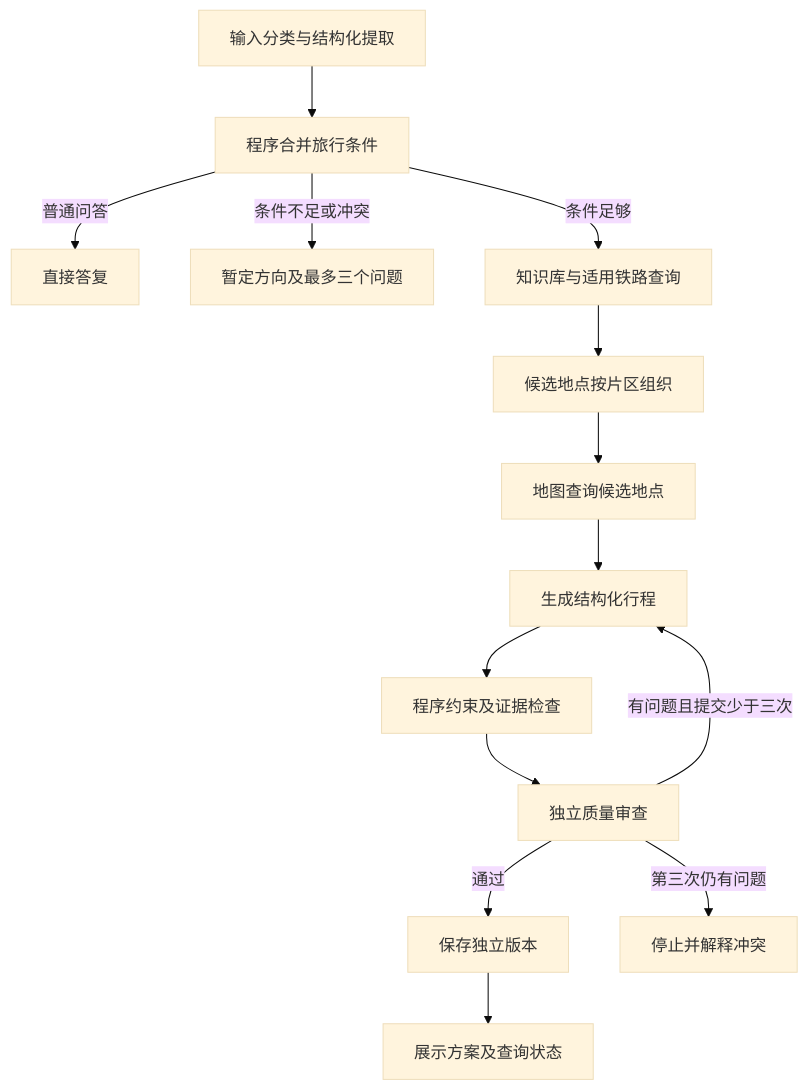
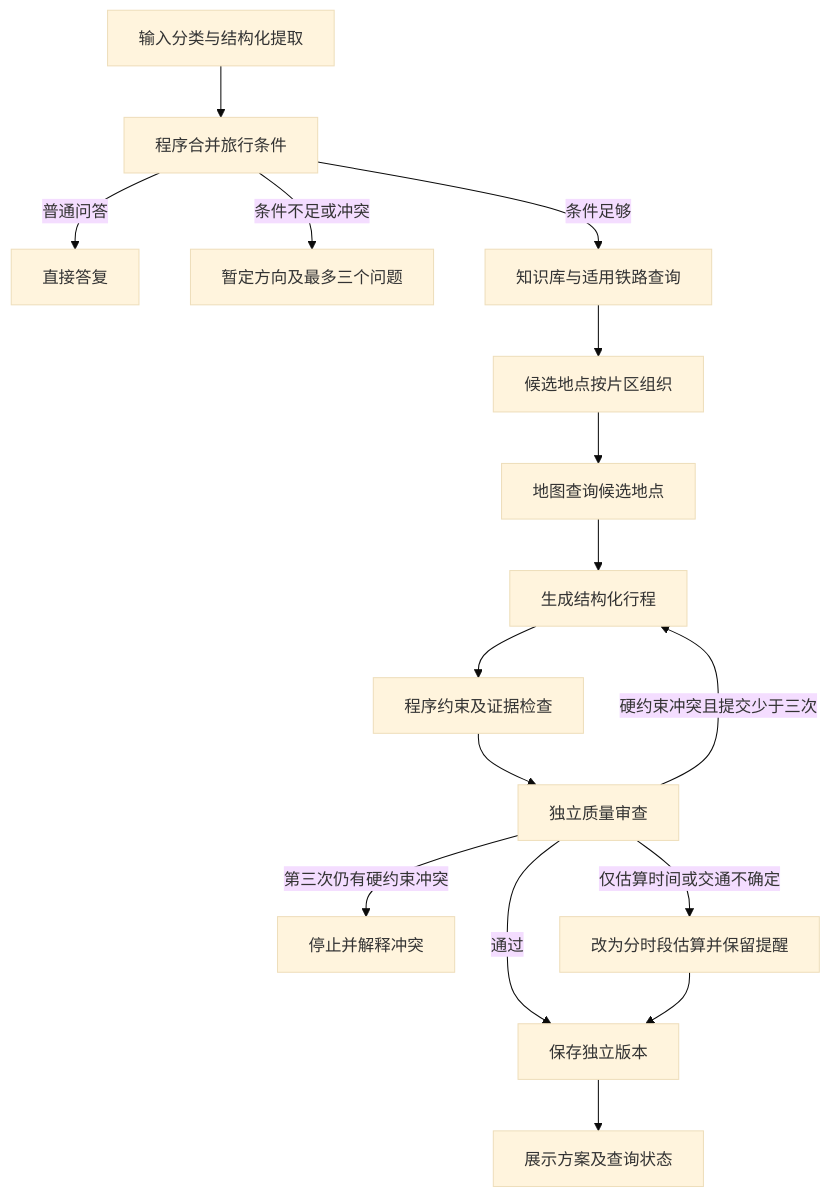
The diagram in docs/planning-workflow.md (WanQiuEsw/travelmate-agent), drawn with Mermaid (base theme) before and after one commit. The commit also changed other lines of this file and 23 other files, not shown here.

````diff
--- a/docs/planning-workflow.md
+++ b/docs/planning-workflow.md
@@ -9,16 +9,18 @@
 ```mermaid
 flowchart TD
     A[输入分类与结构化提取] --> B[程序合并旅行条件]
     B -->|普通问答| C[直接答复]
     B -->|条件不足或冲突| D[暂定方向及最多三个问题]
     B -->|条件足够| E[知识库与适用铁路查询]
     E --> F[候选地点按片区组织]
     F --> G[地图查询候选地点]
     G --> H[生成结构化行程]
     H --> I[程序约束及证据检查]
     I --> Q[独立质量审查]
     Q -->|通过| J[保存独立版本]
-    Q -->|有问题且提交少于三次| H
-    Q -->|第三次仍有问题| K[停止并解释冲突]
+    Q -->|硬约束冲突且提交少于三次| H
+    Q -->|第三次仍有硬约束冲突| K[停止并解释冲突]
+    Q -->|仅估算时间或交通不确定| M[改为分时段估算并保留提醒]
+    M --> J
     J --> L[展示方案及查询状态]
 ```
````
